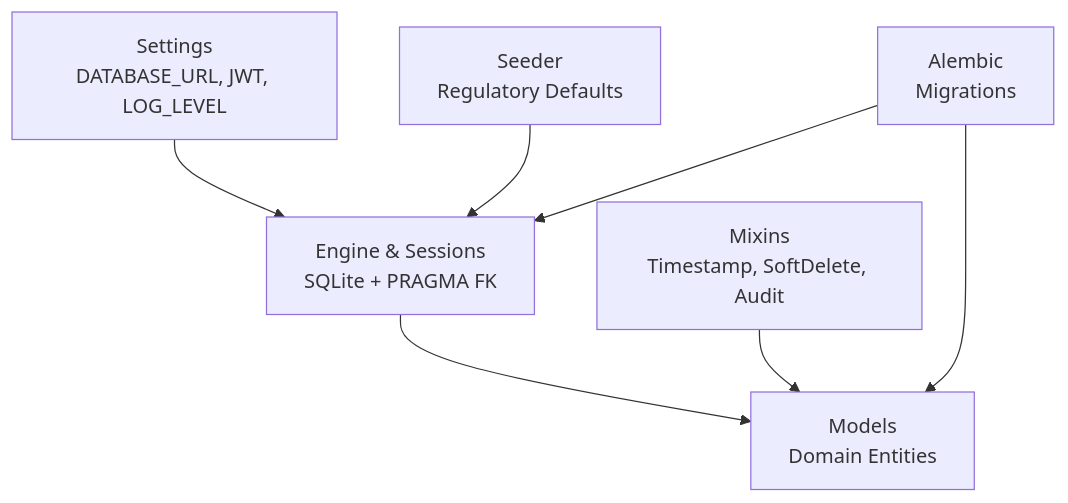
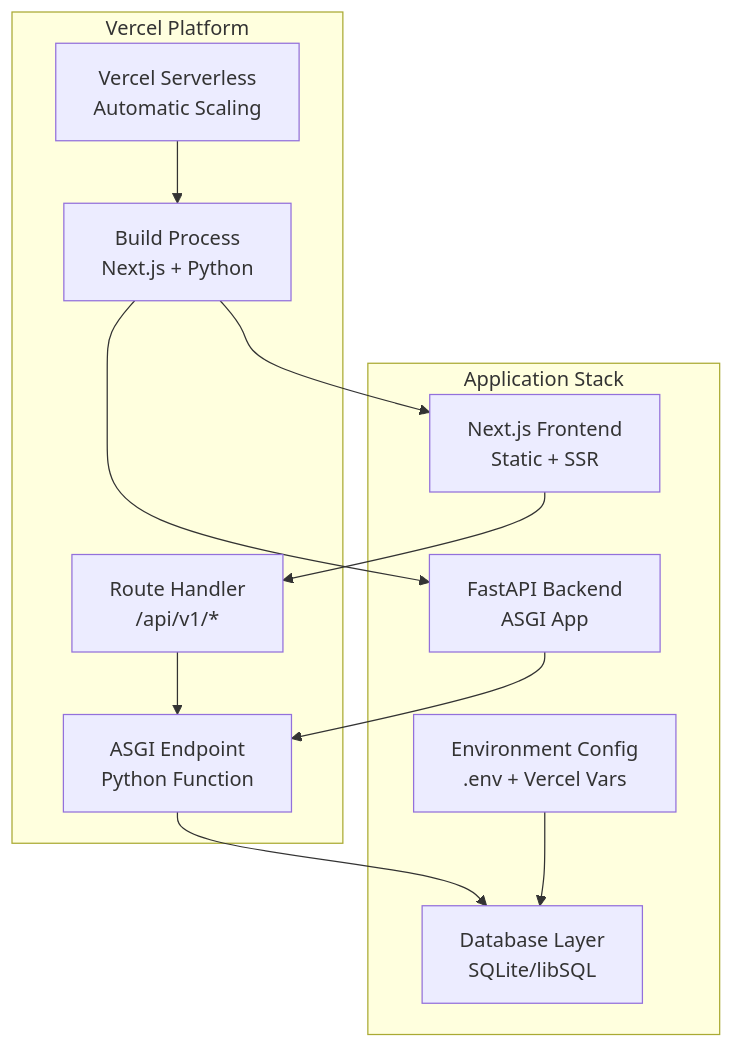
Before and after one commit to bikinaplikasipakeqoder-dot/payroll-hris: the second of 9 diagrams in .qoder/repowiki/en/content/Deployment & Operations.md, drawn with Mermaid. The commit also changed other lines of this file and 22 other files, not shown here.

````diff
--- a/.qoder/repowiki/en/content/Deployment & Operations.md
+++ b/.qoder/repowiki/en/content/Deployment & Operations.md
@@ -114,15 +135,23 @@
 ```mermaid
 graph TB
-CFG["Settings<br/>DATABASE_URL, JWT, LOG_LEVEL"]
-DB["Engine & Sessions<br/>SQLite + PRAGMA FK"]
-MIX["Mixins<br/>Timestamp, SoftDelete, Audit"]
-MOD["Models<br/>Domain Entities"]
-SEED["Seeder<br/>Regulatory Defaults"]
-ALEMBIC["Alembic<br/>Migrations"]
+subgraph "Vercel Platform"
+VERCEL["Vercel Serverless<br/>Automatic Scaling"]
+BUILD["Build Process<br/>Next.js + Python"]
+ROUTE["Route Handler<br/>/api/v1/*"]
+ENDPOINT["ASGI Endpoint<br/>Python Function"]
+end
+subgraph "Application Stack"
+NEXT["Next.js Frontend<br/>Static + SSR"]
+FASTAPI["FastAPI Backend<br/>ASGI App"]
+DB["Database Layer<br/>SQLite/libSQL"]
+CFG["Environment Config<br/>.env + Vercel Vars"]
+end
+VERCEL --> BUILD
+BUILD --> NEXT
+BUILD --> FASTAPI
+FASTAPI --> ENDPOINT
+NEXT --> ROUTE
+ROUTE --> ENDPOINT
+ENDPOINT --> DB
 CFG --> DB
-DB --> MOD
-MIX --> MOD
-SEED --> DB
-ALEMBIC --> DB
-ALEMBIC --> MOD
 ```
````
